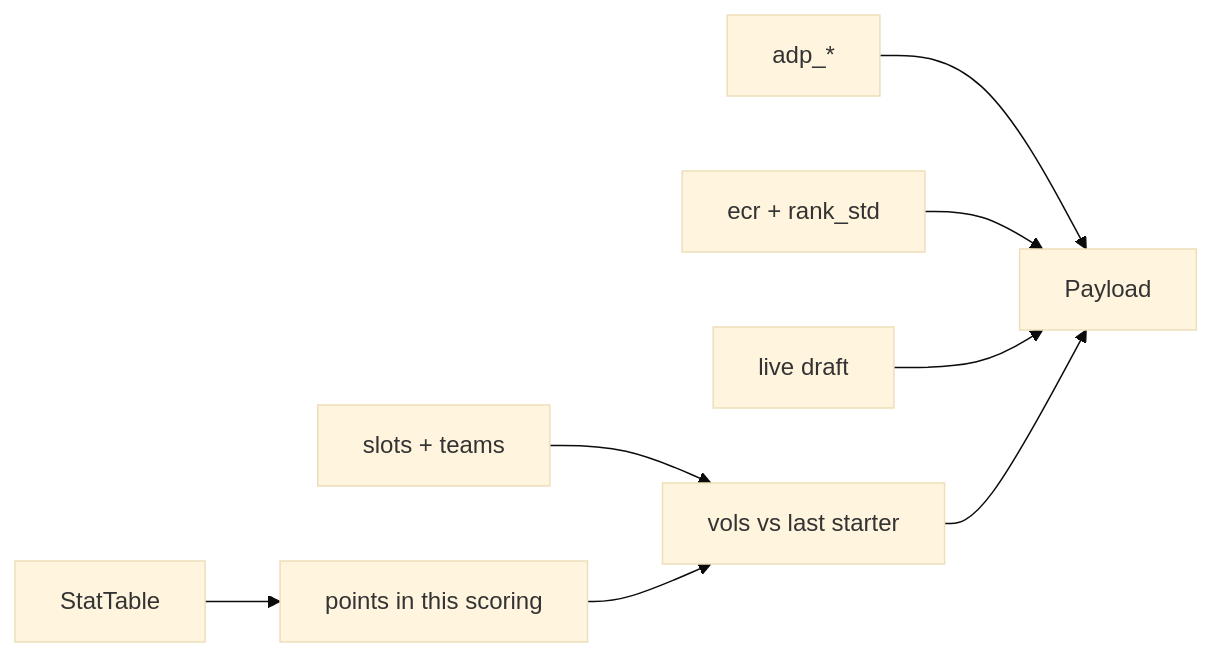
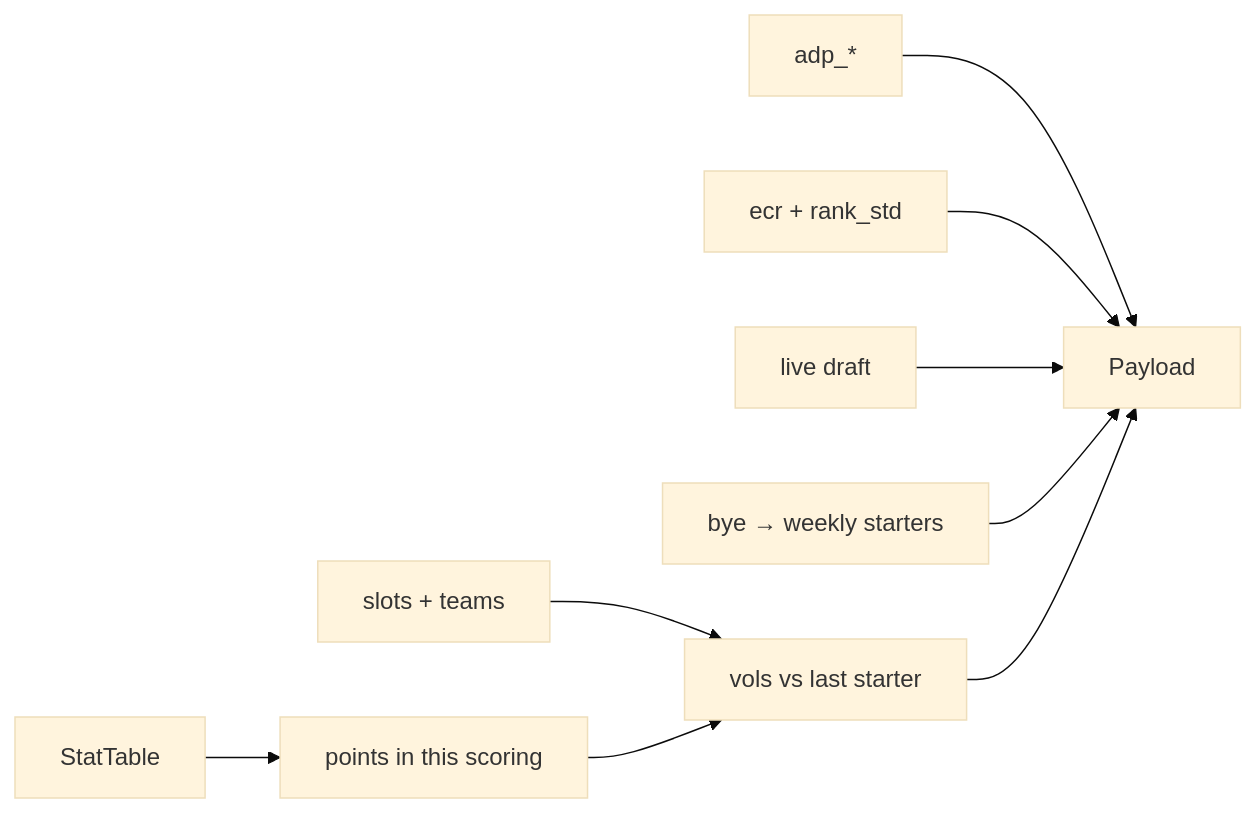
Before and after one commit to alemtani/vorpal: the third of 4 diagrams in docs/SPEC.md, drawn with Mermaid (base theme). The commit also changed other lines of this file, not shown here.

First line of the commit message:
Tighten evals to pass/fail and add weekly bye strength.

````diff
--- a/docs/SPEC.md
+++ b/docs/SPEC.md
@@ -98,10 +101,11 @@
 ```mermaid
 flowchart LR
   ST[StatTable] --> PTS[points in this scoring]
   CFG[slots + teams] --> VOLS
   PTS --> VOLS[vols vs last starter]
   ADP[adp_*] --> PAY
   ECR[ecr + rank_std] --> PAY
   STATE[live draft] --> PAY
+  BYE[bye → weekly starters] --> PAY
   VOLS --> PAY[Payload]
 ```
````
